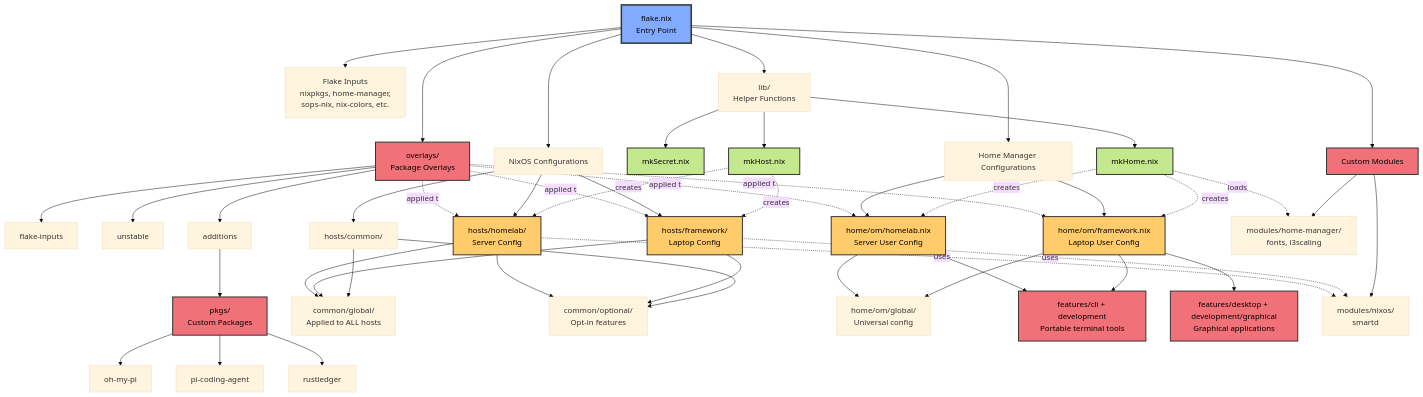
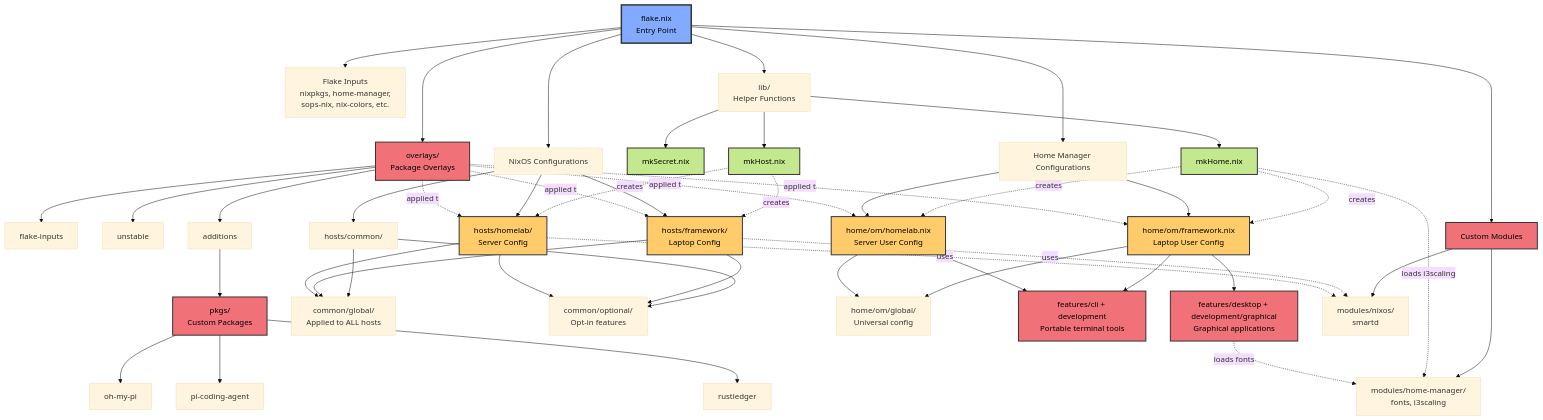
One commit to omdv/nix-config changed the diagram in AGENTS.md. Above: the diagram before and after it, drawn with Mermaid (base theme). The commit also changed other lines of this file and 3 other files, not shown here.

```diff
--- a/AGENTS.md
+++ b/AGENTS.md
@@ -126,7 +126,8 @@
     modules --> hm_mod
     framework -.uses.-> nixos_mod
     homelab -.uses.-> nixos_mod
-    mkHome -.loads.-> hm_mod
+    mkHome -.loads i3scaling.-> hm_mod
+    graphical -.loads fonts.-> hm_mod
 
     %% Overlay application
     overlays -.applied to.-> framework
```
